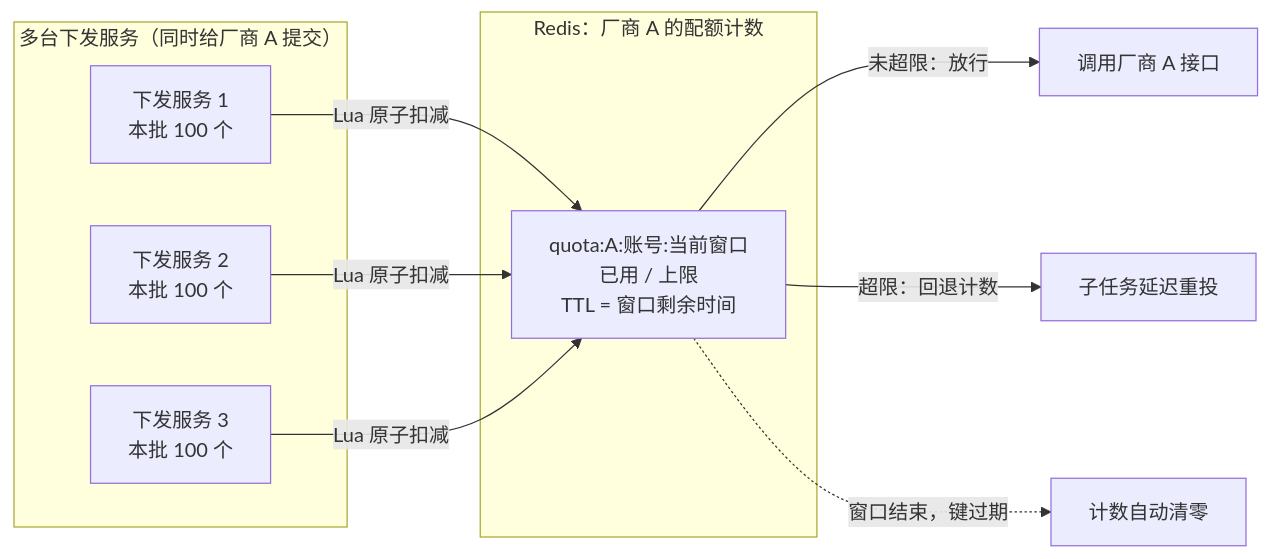
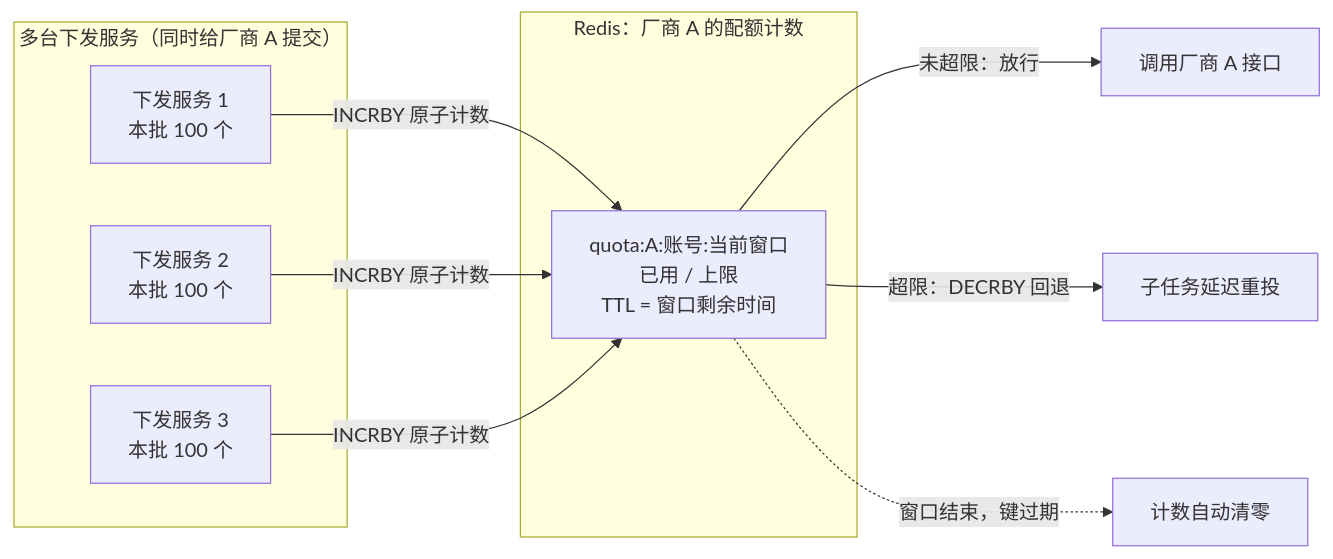
One commit to tracerZzz/tracerZzz.github.io changed the third of 4 diagrams in src/content/posts/work/多厂商CDN内容管理适配层设计.md. Above: the diagram before and after it, drawn with Mermaid. The commit also changed other lines of this file, not shown here.

````diff
--- a/src/content/posts/work/多厂商CDN内容管理适配层设计.md
+++ b/src/content/posts/work/多厂商CDN内容管理适配层设计.md
@@ -195,17 +195,17 @@
 ```mermaid
 flowchart LR
     subgraph workers["多台下发服务（同时给厂商 A 提交）"]
         W1["下发服务 1<br/>本批 100 个"]
         W2["下发服务 2<br/>本批 100 个"]
         W3["下发服务 3<br/>本批 100 个"]
     end
     subgraph redis["Redis：厂商 A 的配额计数"]
         K1["quota:A:账号:当前窗口<br/>已用 / 上限<br/>TTL = 窗口剩余时间"]
     end
-    W1 -->|Lua 原子扣减| K1
-    W2 -->|Lua 原子扣减| K1
-    W3 -->|Lua 原子扣减| K1
+    W1 -->|INCRBY 原子计数| K1
+    W2 -->|INCRBY 原子计数| K1
+    W3 -->|INCRBY 原子计数| K1
     K1 -->|未超限：放行| A["调用厂商 A 接口"]
-    K1 -->|超限：回退计数| D["子任务延迟重投"]
+    K1 -->|超限：DECRBY 回退| D["子任务延迟重投"]
     K1 -.->|窗口结束，键过期| N["计数自动清零"]
 ```
````
